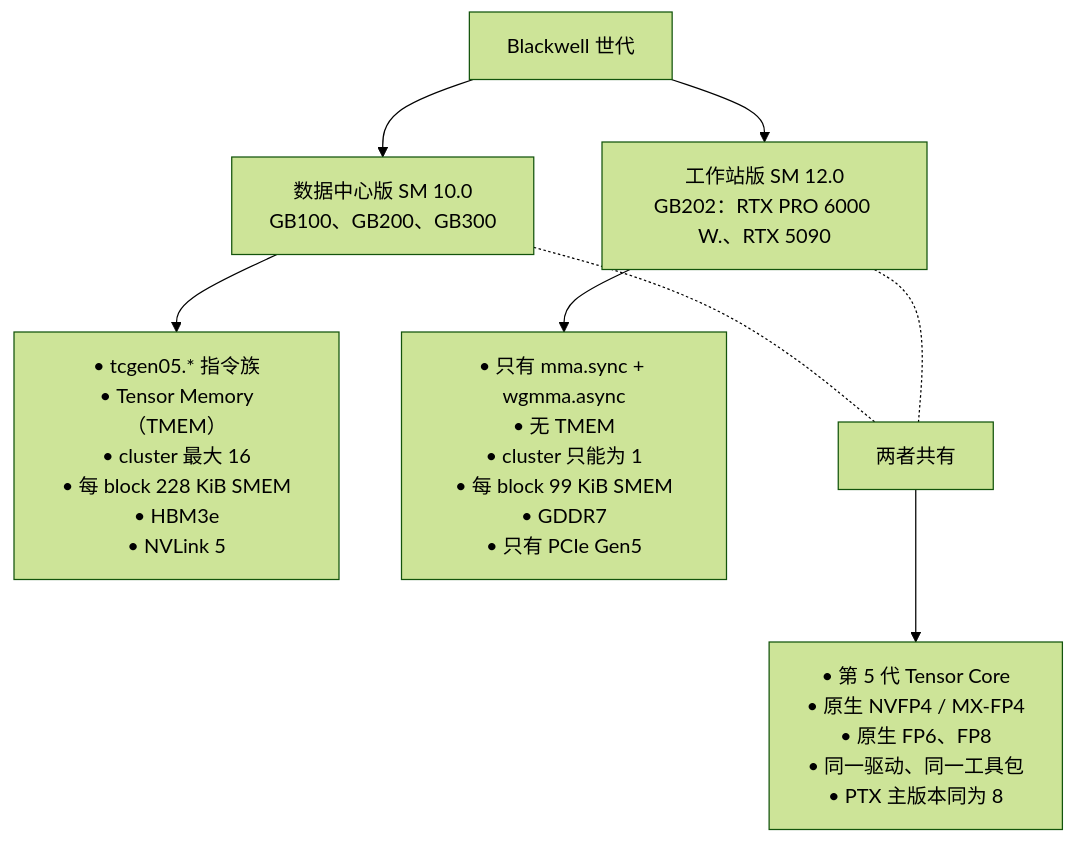
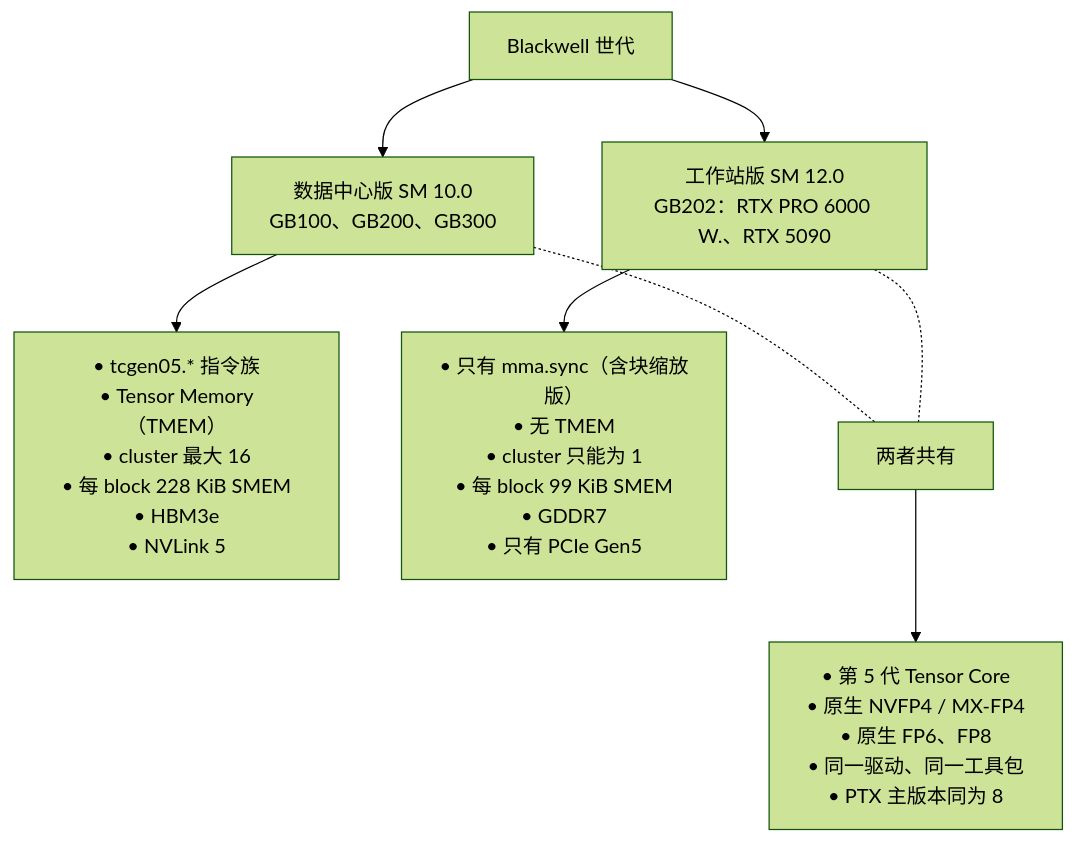
One commit to dawnop/blackwell-gpu-wiki-zh changed the diagram in docs/blackwell/index.md. Above: the diagram before and after it, drawn with Mermaid (forest theme). The commit also changed 20 other files, not shown here.

````diff
--- a/docs/blackwell/index.md
+++ b/docs/blackwell/index.md
@@ -20,16 +20,16 @@
 ```mermaid
 graph TD
     Blackwell["Blackwell 世代"]
     Blackwell --> DC["数据中心版 SM 10.0<br/>GB100、GB200、GB300"]
     Blackwell --> WS["工作站版 SM 12.0<br/>GB202：RTX PRO 6000 W.、RTX 5090"]
 
     DC --> DC_features["• tcgen05.* 指令族<br/>• Tensor Memory（TMEM）<br/>• cluster 最大 16<br/>• 每 block 228 KiB SMEM<br/>• HBM3e<br/>• NVLink 5"]
 
-    WS --> WS_features["• 只有 mma.sync + wgmma.async<br/>• 无 TMEM<br/>• cluster 只能为 1<br/>• 每 block 99 KiB SMEM<br/>• GDDR7<br/>• 只有 PCIe Gen5"]
+    WS --> WS_features["• 只有 mma.sync（含块缩放版）<br/>• 无 TMEM<br/>• cluster 只能为 1<br/>• 每 block 99 KiB SMEM<br/>• GDDR7<br/>• 只有 PCIe Gen5"]
 
     Both["两者共有"]
     Both --> Both_features["• 第 5 代 Tensor Core<br/>• 原生 NVFP4 / MX-FP4<br/>• 原生 FP6、FP8<br/>• 同一驱动、同一工具包<br/>• PTX 主版本同为 8"]
 
     DC -.- Both
     WS -.- Both
 ```
````
